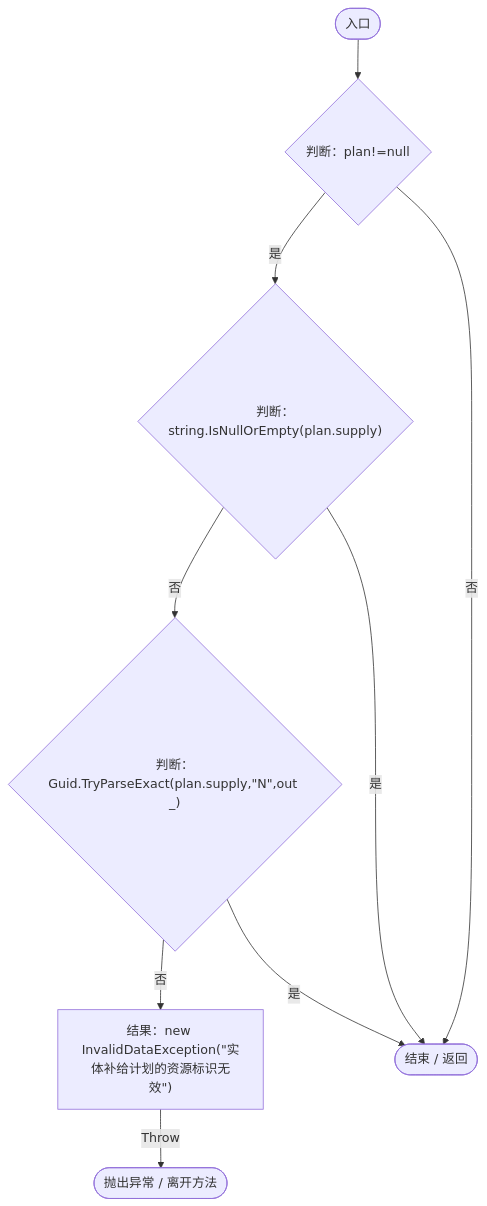
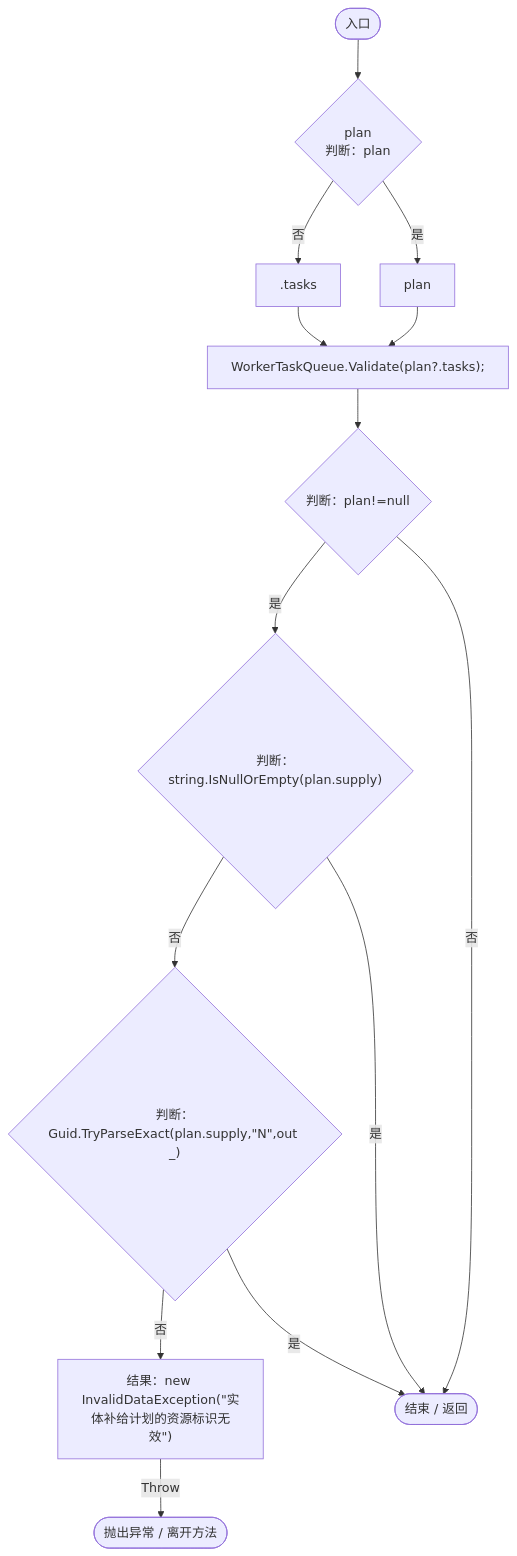
Before and after one commit to xhs6666/Darwin_paradise: the third of 3 diagrams in Docs/运行流程图/脚本/da041665b1125ffc.md, drawn with Mermaid. The commit also changed other lines of this file and 233 other files, not shown here.

````diff
--- a/Docs/运行流程图/脚本/da041665b1125ffc.md
+++ b/Docs/运行流程图/脚本/da041665b1125ffc.md
@@ -200,19 +218,28 @@
 ```mermaid
 flowchart TD
   b0(["入口"])
-  b1{"判断：plan!=null"}
-  b2{"判断：string.IsNullOrEmpty(plan.supply)"}
-  b3{"判断：Guid.TryParseExact(plan.supply,&quot;N&quot;,out _)"}
-  b4["结果：new InvalidDataException(&quot;实体补给计划的资源标识无效&quot;)"]
-  x4(["抛出异常 / 离开方法"])
-  b5(["结束 / 返回"])
+  b1{"plan<br/>判断：plan"}
+  b2[".tasks"]
+  b3["plan"]
+  b4["WorkerTaskQueue.Validate(plan?.tasks);"]
+  b5{"判断：plan!=null"}
+  b6{"判断：string.IsNullOrEmpty(plan.supply)"}
+  b7{"判断：Guid.TryParseExact(plan.supply,&quot;N&quot;,out _)"}
+  b8["结果：new InvalidDataException(&quot;实体补给计划的资源标识无效&quot;)"]
+  x8(["抛出异常 / 离开方法"])
+  b9(["结束 / 返回"])
   b0 --> b1
-  b1 -->|"是"| b2
-  b1 -->|"否"| b5
-  b2 -->|"否"| b3
-  b2 -->|"是"| b5
-  b3 -->|"否"| b4
-  b3 -->|"是"| b5
-  b4 -->|"Throw"| x4
+  b1 -->|"否"| b2
+  b1 -->|"是"| b3
+  b2 --> b4
+  b3 --> b4
+  b4 --> b5
+  b5 -->|"是"| b6
+  b5 -->|"否"| b9
+  b6 -->|"否"| b7
+  b6 -->|"是"| b9
+  b7 -->|"否"| b8
+  b7 -->|"是"| b9
+  b8 -->|"Throw"| x8
 
 ```
````
